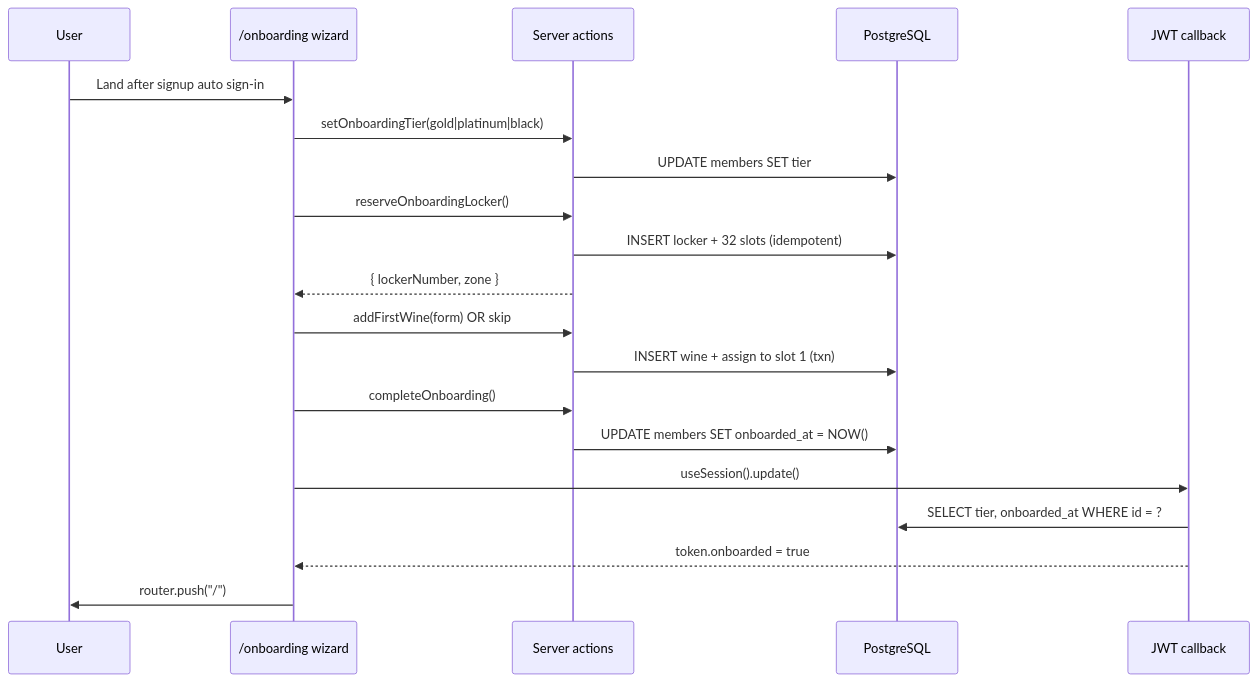
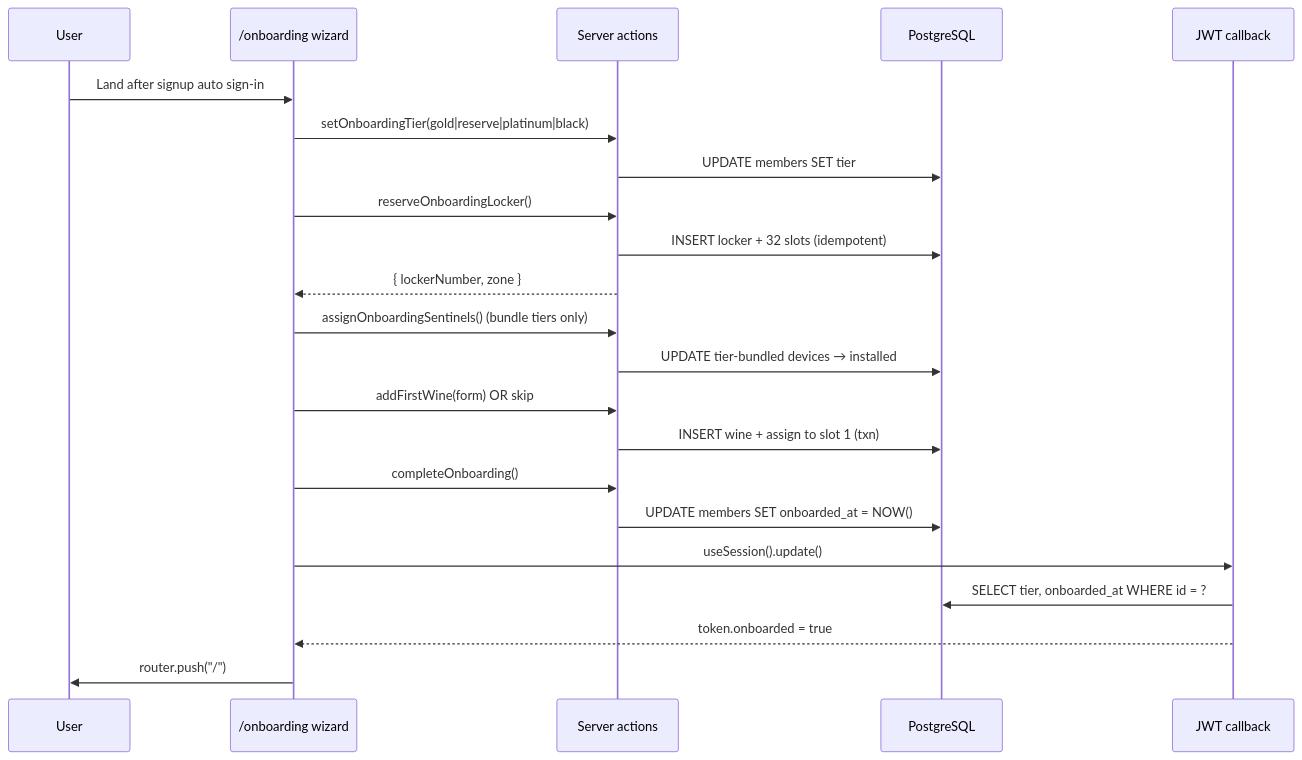
The fourth of 4 diagrams in docs/AUTH.md (nathanielsohn/caveau-app), drawn with Mermaid before and after one commit. The commit also changed other lines of this file and 28 other files, not shown here.

````diff
--- a/docs/AUTH.md
+++ b/docs/AUTH.md
@@ -156,23 +157,25 @@
 ```mermaid
 sequenceDiagram
     participant U as User
     participant W as /onboarding wizard
     participant SA as Server actions
     participant DB as PostgreSQL
     participant JWT as JWT callback
 
     U->>W: Land after signup auto sign-in
-    W->>SA: setOnboardingTier(gold|platinum|black)
+    W->>SA: setOnboardingTier(gold|reserve|platinum|black)
     SA->>DB: UPDATE members SET tier
     W->>SA: reserveOnboardingLocker()
     SA->>DB: INSERT locker + 32 slots (idempotent)
     SA-->>W: { lockerNumber, zone }
+    W->>SA: assignOnboardingSentinels() (bundle tiers only)
+    SA->>DB: UPDATE tier-bundled devices → installed
     W->>SA: addFirstWine(form) OR skip
     SA->>DB: INSERT wine + assign to slot 1 (txn)
     W->>SA: completeOnboarding()
     SA->>DB: UPDATE members SET onboarded_at = NOW()
     W->>JWT: useSession().update()
     JWT->>DB: SELECT tier, onboarded_at WHERE id = ?
     JWT-->>W: token.onboarded = true
     W->>U: router.push("/")
 ```
````
